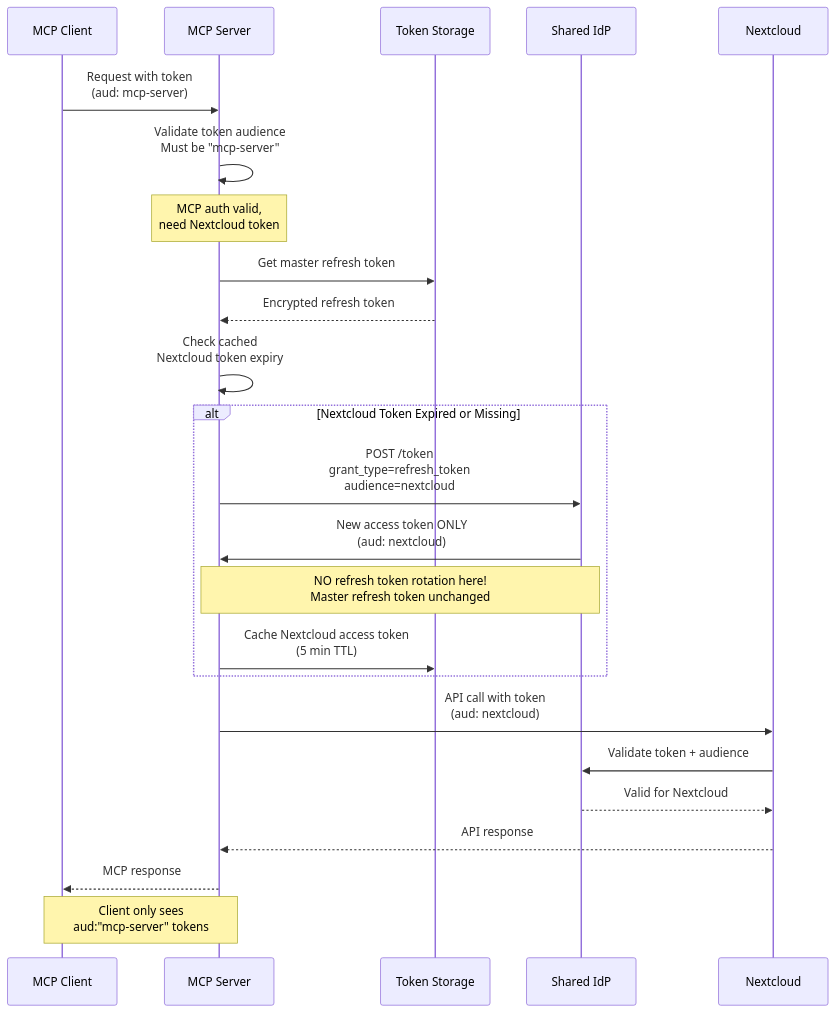
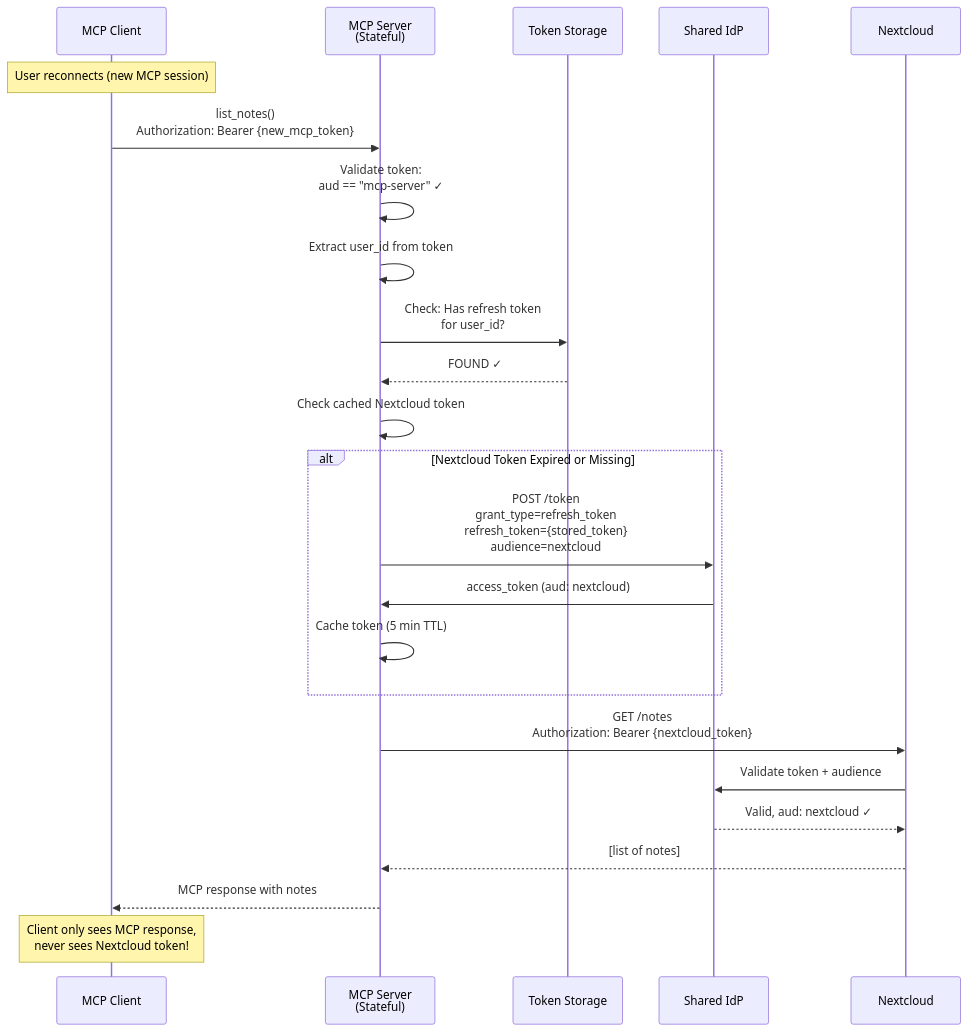
Before and after one commit to cbcoutinho/nextcloud-mcp-server: the third of 4 diagrams in docs/ADR-004-mcp-application-oauth.md, drawn with Mermaid. The commit also changed other lines of this file, not shown here.

First line of the commit message:
docs: Refactor ADR-004 to Progressive Consent architecture with dual OAuth flows

````diff
--- a/docs/ADR-004-mcp-application-oauth.md
+++ b/docs/ADR-004-mcp-application-oauth.md
@@ -289,33 +338,40 @@
 ```mermaid
 sequenceDiagram
     participant MCPClient as MCP Client
-    participant MCPServer as MCP Server
+    participant MCPServer as MCP Server<br/>(Stateful)
     participant TokenStore as Token Storage
     participant IdP as Shared IdP
     participant Nextcloud
 
-    MCPClient->>MCPServer: Request with token<br/>(aud: mcp-server)
-    MCPServer->>MCPServer: Validate token audience<br/>Must be "mcp-server"
+    Note over MCPClient: User reconnects (new MCP session)
 
-    Note over MCPServer: MCP auth valid,<br/>need Nextcloud token
+    MCPClient->>MCPServer: list_notes()<br/>Authorization: Bearer {new_mcp_token}
 
-    MCPServer->>TokenStore: Get master refresh token
-    TokenStore-->>MCPServer: Encrypted refresh token
+    MCPServer->>MCPServer: Validate token:<br/>aud == "mcp-server" ✓
 
-    MCPServer->>MCPServer: Check cached<br/>Nextcloud token expiry
+    MCPServer->>MCPServer: Extract user_id from token
+
+    MCPServer->>TokenStore: Check: Has refresh token<br/>for user_id?
+    TokenStore-->>MCPServer: FOUND ✓
+
+    MCPServer->>MCPServer: Check cached Nextcloud token
 
     alt Nextcloud Token Expired or Missing
-        MCPServer->>IdP: POST /token<br/>grant_type=refresh_token<br/>audience=nextcloud
-        IdP->>MCPServer: New access token ONLY<br/>(aud: nextcloud)
-        Note over IdP,MCPServer: NO refresh token rotation here!<br/>Master refresh token unchanged
-        MCPServer->>TokenStore: Cache Nextcloud access token<br/>(5 min TTL)
+        MCPServer->>IdP: POST /token<br/>grant_type=refresh_token<br/>refresh_token={stored_token}<br/>audience=nextcloud
+
+        IdP->>MCPServer: access_token (aud: nextcloud)
+
+        MCPServer->>MCPServer: Cache token (5 min TTL)
     end
 
-    MCPServer->>Nextcloud: API call with token<br/>(aud: nextcloud)
+    MCPServer->>Nextcloud: GET /notes<br/>Authorization: Bearer {nextcloud_token}
+
     Nextcloud->>IdP: Validate token + audience
-    IdP-->>Nextcloud: Valid for Nextcloud
-    Nextcloud-->>MCPServer: API response
-    MCPServer-->>MCPClient: MCP response
+    IdP-->>Nextcloud: Valid, aud: nextcloud ✓
 
-    Note over MCPClient,MCPServer: Client only sees<br/>aud:"mcp-server" tokens
+    Nextcloud-->>MCPServer: [list of notes]
+
+    MCPServer-->>MCPClient: MCP response with notes
+
+    Note over MCPClient: Client only sees MCP response,<br/>never sees Nextcloud token!
 ```
````
